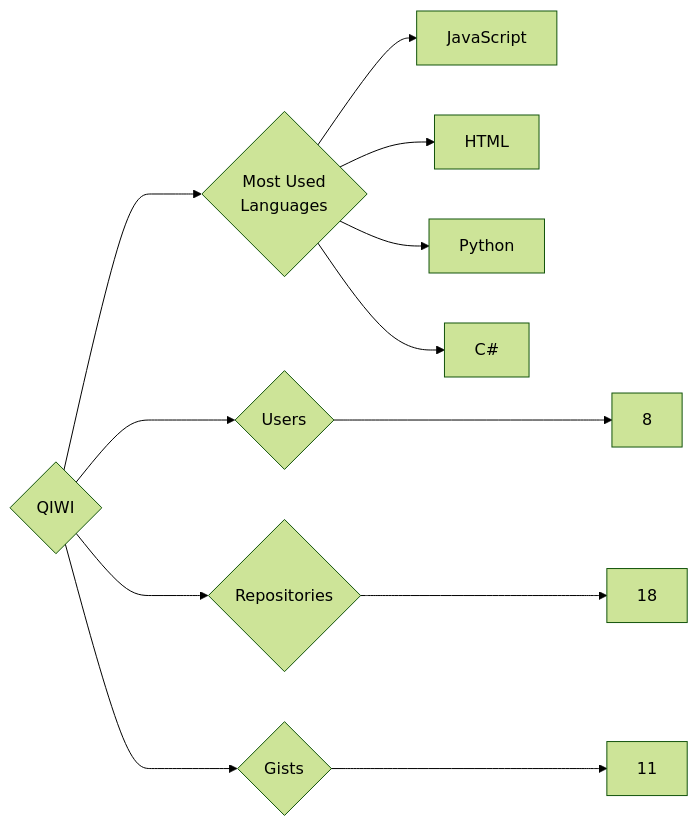
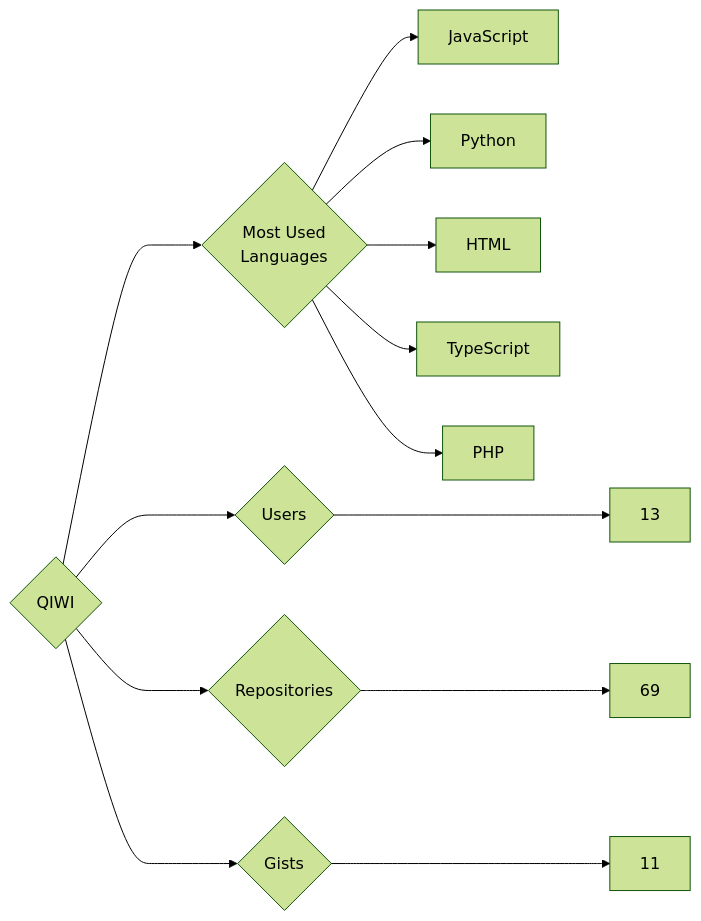
The diagram in targets/QIWI/README.md (trickest/insiders), drawn with Mermaid (forest theme) before and after one commit. The commit also changed 796 other files, not shown here.

````diff
--- a/targets/QIWI/README.md
+++ b/targets/QIWI/README.md
@@ -3,12 +3,13 @@
 ```mermaid
 graph LR
 COMPANY_NAME{QIWI}
-COMPANY_NAME ---> U{Users} ---> UN[8]
-COMPANY_NAME ---> R{Repositories} ---> RN[18]
+COMPANY_NAME ---> U{Users} ---> UN[13]
+COMPANY_NAME ---> R{Repositories} ---> RN[69]
 COMPANY_NAME ---> G{Gists} ---> GN[11]
 COMPANY_NAME ---> ML{Most Used<br>Languages}
 ML --> JavaScript[JavaScript]
+ML --> Python[Python]
 ML --> HTML[HTML]
-ML --> Python[Python]
-ML --> C#[C#]
+ML --> TypeScript[TypeScript]
+ML --> PHP[PHP]
 ```
````
